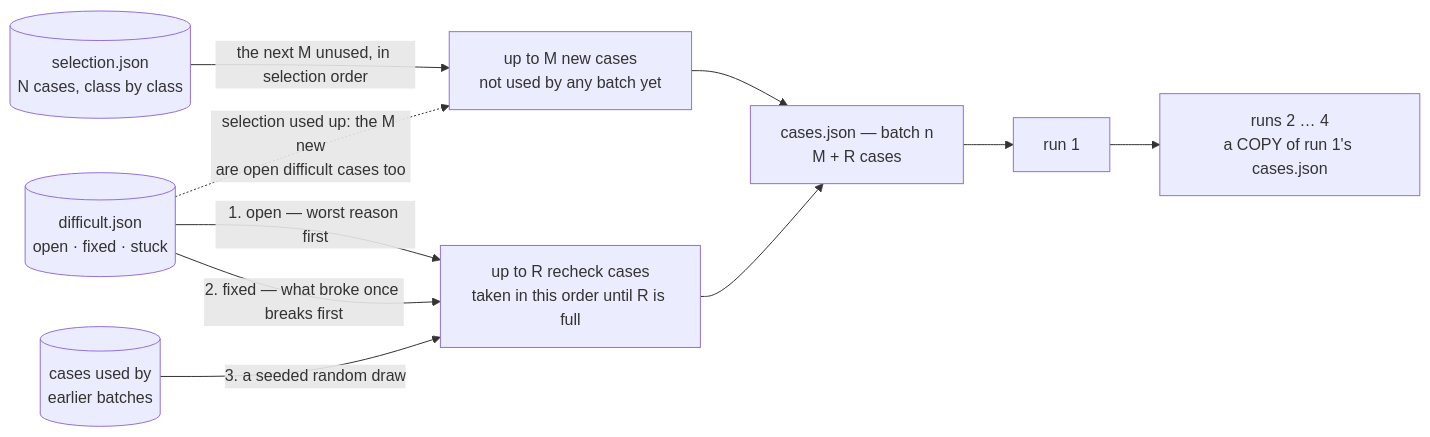
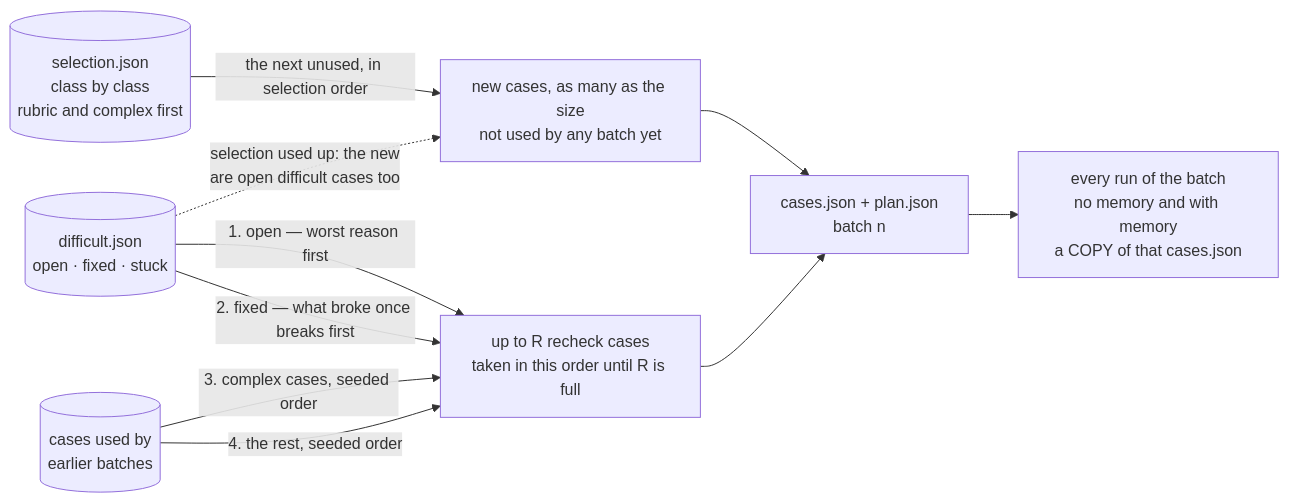
The second of 4 diagrams in packages/cli/templates/editor/.github/skills/zen-finetune/SKILL.md (andreyryabov/ZeneraNeo), drawn with Mermaid before and after one commit. The commit also changed other lines of this file and 11 other files, not shown here.

````diff
--- a/packages/cli/templates/editor/.github/skills/zen-finetune/SKILL.md
+++ b/packages/cli/templates/editor/.github/skills/zen-finetune/SKILL.md
@@ -101,20 +124,20 @@
 ```mermaid
 flowchart LR
-    SEL[("selection.json<br/>N cases, class by class")]
+    SEL[("selection.json<br/>class by class<br/>rubric and complex first")]
     DIF[("difficult.json<br/>open · fixed · stuck")]
     USED[("cases used by<br/>earlier batches")]
-    NEW["up to M new cases<br/>not used by any batch yet"]
+    NEW["new cases, as many as the size<br/>not used by any batch yet"]
     RC["up to R recheck cases<br/>taken in this order until R is full"]
-    CJ["cases.json — batch n<br/>M + R cases"]
-    RUN1["run 1"]
-    MORE["runs 2 … 4<br/>a COPY of run 1's cases.json"]
+    CJ["cases.json + plan.json<br/>batch n"]
+    RUNS["every run of the batch<br/>no memory and with memory<br/>a COPY of that cases.json"]
 
-    SEL -->|"the next M unused, in selection order"| NEW
+    SEL -->|"the next unused, in selection order"| NEW
     DIF -->|"1. open — worst reason first"| RC
     DIF -->|"2. fixed — what broke once breaks first"| RC
-    USED -->|"3. a seeded random draw"| RC
-    DIF -.->|"selection used up: the M new<br/>are open difficult cases too"| NEW
+    USED -->|"3. complex cases, seeded order"| RC
+    USED -->|"4. the rest, seeded order"| RC
+    DIF -.->|"selection used up: the new<br/>are open difficult cases too"| NEW
     NEW --> CJ
     RC --> CJ
-    CJ --> RUN1 --> MORE
+    CJ --> RUNS
 ```
````
